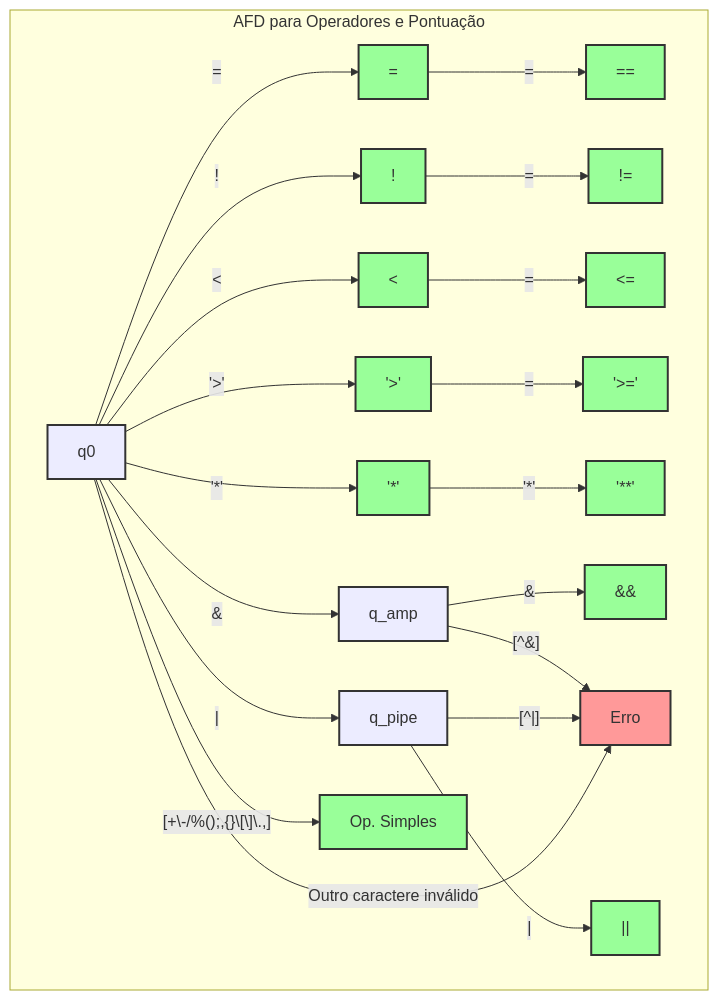
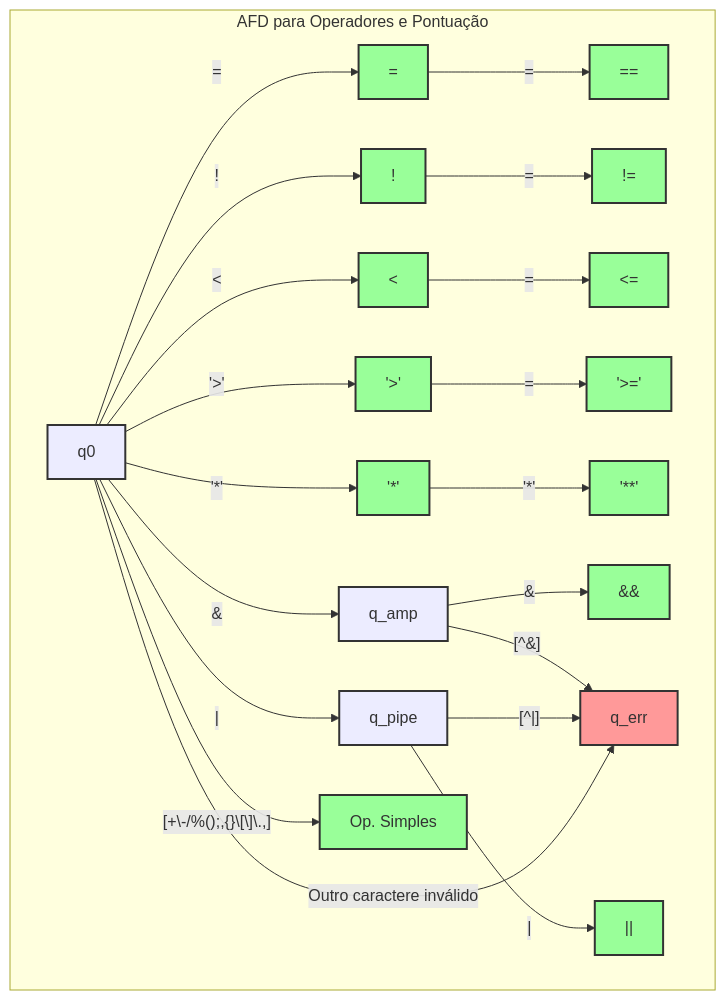
One commit to Equipe-Eighteen/.clash changed the diagram in docs/diagrams/afd-operator.md. Above: the diagram before and after it, drawn with Mermaid.

Commit message:
refactor: adjusting afd-operator.md text

````diff
--- a/docs/diagrams/afd-operator.md
+++ b/docs/diagrams/afd-operator.md
@@ -10,75 +10,75 @@
 ```mermaid
 graph TD
     subgraph "AFD para Operadores e Pontuação"
         direction LR
 
         %% Estados (Sintaxe corrigida)
         q0["q0"]
         q_eq["="]
         q_not["!"]
         q_less["<"]
         q_greater["'>'"]
         q_mult["'*'"]
         q_amp["q_amp"]
         q_pipe["q_pipe"]
 
         q_eqeq["=="]
         q_noteq["!="]
         q_lesseq["<="]
         q_greatereq["'>='"]
         q_power["'**'"]
         q_and["&&"]
         q_or["||"]
         
         q_single_op["Op. Simples"]
-        q_err["Erro"]
+        q_err["q_err"]
 
         %% Transições
         q0 -- "=" --> q_eq;
         q_eq -- "=" --> q_eqeq;
 
         q0 -- "!" --> q_not;
         q_not -- "=" --> q_noteq;
 
         q0 -- "<" --> q_less;
         q_less -- "=" --> q_lesseq;
 
         q0 -- "'>'" --> q_greater;
         q_greater -- "=" --> q_greatereq;
         
         q0 -- "'*'" --> q_mult;
         q_mult -- "'*'" --> q_power;
 
         q0 -- "&" --> q_amp;
         q_amp -- "&" --> q_and;
         q_amp -- "[^&]" --> q_err;
 
         q0 -- "|" --> q_pipe;
         q_pipe -- "|" --> q_or;
         q_pipe -- "[^|]" --> q_err;
 
         q0 -- "[+\-/%();,{}\[\]\.,]" --> q_single_op;
         q0 -- "Outro caractere inválido" --> q_err;
     end
 
     style q0 fill:#lightblue,stroke:#333,stroke-width:2px
     style q_amp fill:#lightblue,stroke:#333,stroke-width:2px
     style q_pipe fill:#lightblue,stroke:#333,stroke-width:2px
 
     style q_eq fill:#9f9,stroke:#333,stroke-width:2px
     style q_not fill:#9f9,stroke:#333,stroke-width:2px
     style q_less fill:#9f9,stroke:#333,stroke-width:2px
     style q_greater fill:#9f9,stroke:#333,stroke-width:2px
     style q_mult fill:#9f9,stroke:#333,stroke-width:2px
     style q_single_op fill:#9f9,stroke:#333,stroke-width:2px
     
     style q_eqeq fill:#9f9,stroke:#333,stroke-width:2px
     style q_noteq fill:#9f9,stroke:#333,stroke-width:2px
     style q_lesseq fill:#9f9,stroke:#333,stroke-width:2px
     style q_greatereq fill:#9f9,stroke:#333,stroke-width:2px
     style q_power fill:#9f9,stroke:#333,stroke-width:2px
     style q_and fill:#9f9,stroke:#333,stroke-width:2px
     style q_or fill:#9f9,stroke:#333,stroke-width:2px
     
     style q_err fill:#f99,stroke:#333,stroke-width:2px
 ```
````
